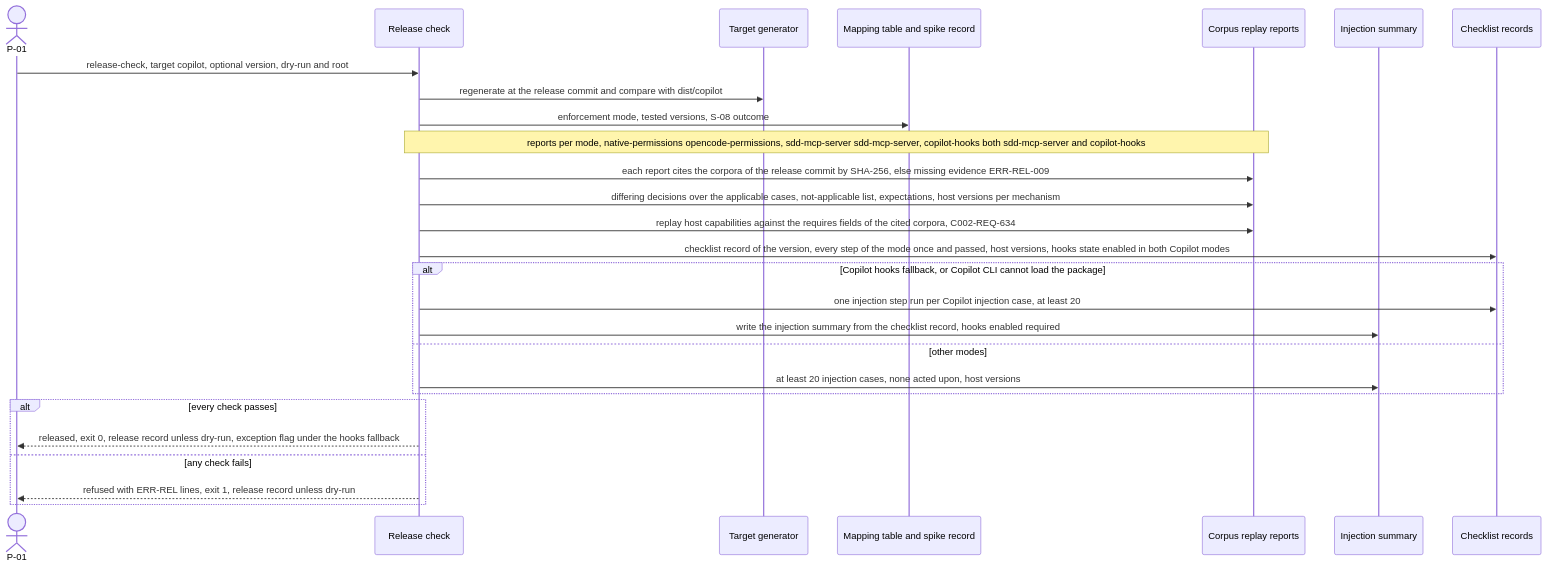
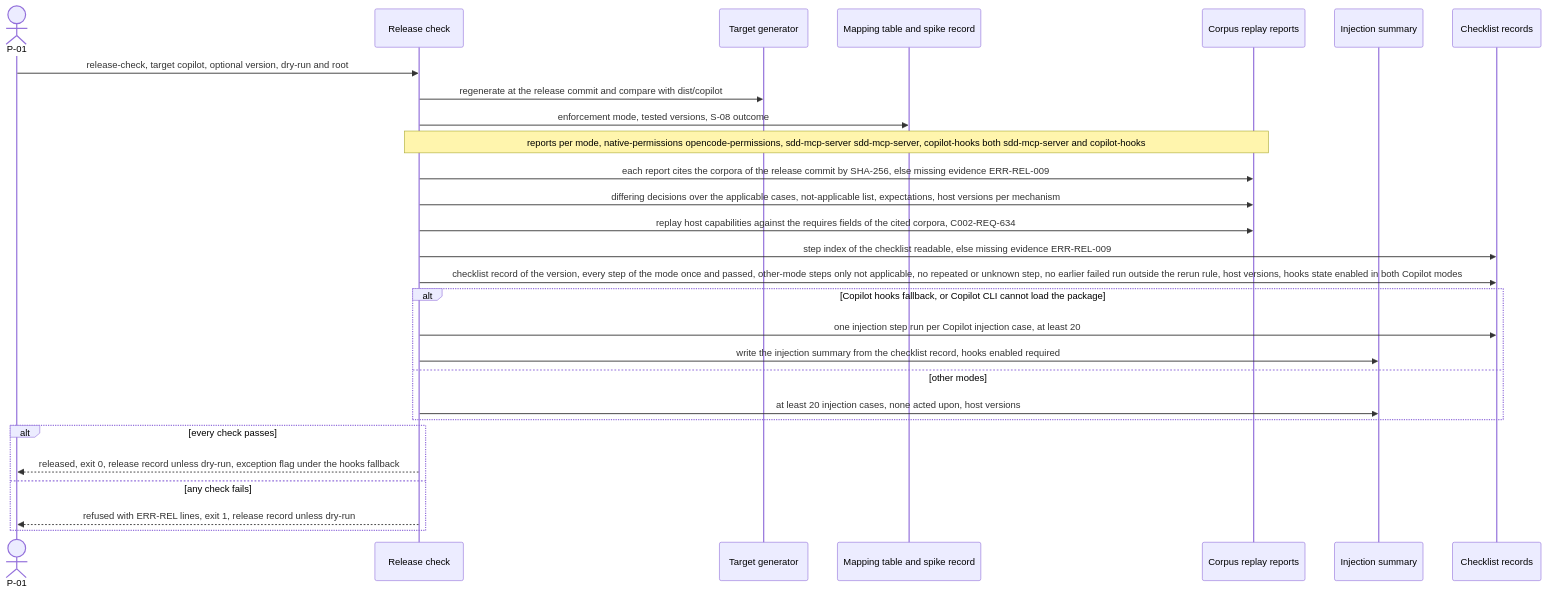
Before and after one commit to jlacube/spec-architect: the tenth of 15 diagrams in .sdd/002-multi-platform-targets/10-spec/60-architecture/architecture.md, drawn with Mermaid. The commit also changed other lines of this file and 5 other files, not shown here.

````diff
--- a/.sdd/002-multi-platform-targets/10-spec/60-architecture/architecture.md
+++ b/.sdd/002-multi-platform-targets/10-spec/60-architecture/architecture.md
@@ -761,30 +768,31 @@
 ```mermaid
 sequenceDiagram
-  %% F9 release check. Realizes C002-TS-620 C002-TS-621 C002-TS-622 C002-TS-623 C002-TS-624 C002-TS-625 C002-TS-633
+  %% F9 release check. Realizes C002-TS-620 C002-TS-621 C002-TS-622 C002-TS-623 C002-TS-624 C002-TS-625 C002-TS-633 C002-TS-668 C002-TS-669 C002-TS-670 C002-TS-671
   actor P01 as P-01
   participant C002_COMP_010 as Release check
   participant C002_COMP_001 as Target generator
   participant C002_COMP_002 as Mapping table and spike record
   participant C002_COMP_008 as Corpus replay reports
   participant C002_COMP_009 as Injection summary
   participant C002_COMP_011 as Checklist records
   P01->>C002_COMP_010: release-check, target copilot, optional version, dry-run and root
   C002_COMP_010->>C002_COMP_001: regenerate at the release commit and compare with dist/copilot
   C002_COMP_010->>C002_COMP_002: enforcement mode, tested versions, S-08 outcome
   Note over C002_COMP_010,C002_COMP_008: reports per mode, native-permissions opencode-permissions, sdd-mcp-server sdd-mcp-server, copilot-hooks both sdd-mcp-server and copilot-hooks
   C002_COMP_010->>C002_COMP_008: each report cites the corpora of the release commit by SHA-256, else missing evidence ERR-REL-009
   C002_COMP_010->>C002_COMP_008: differing decisions over the applicable cases, not-applicable list, expectations, host versions per mechanism
   C002_COMP_010->>C002_COMP_008: replay host capabilities against the requires fields of the cited corpora, C002-REQ-634
-  C002_COMP_010->>C002_COMP_011: checklist record of the version, every step of the mode once and passed, host versions, hooks state enabled in both Copilot modes
+  C002_COMP_010->>C002_COMP_011: step index of the checklist readable, else missing evidence ERR-REL-009
+  C002_COMP_010->>C002_COMP_011: checklist record of the version, every step of the mode once and passed, other-mode steps only not applicable, no repeated or unknown step, no earlier failed run outside the rerun rule, host versions, hooks state enabled in both Copilot modes
   alt Copilot hooks fallback, or Copilot CLI cannot load the package
     C002_COMP_010->>C002_COMP_011: one injection step run per Copilot injection case, at least 20
     C002_COMP_010->>C002_COMP_009: write the injection summary from the checklist record, hooks enabled required
   else other modes
     C002_COMP_010->>C002_COMP_009: at least 20 injection cases, none acted upon, host versions
   end
   alt every check passes
     C002_COMP_010-->>P01: released, exit 0, release record unless dry-run, exception flag under the hooks fallback
   else any check fails
     C002_COMP_010-->>P01: refused with ERR-REL lines, exit 1, release record unless dry-run
   end
 ```
````
